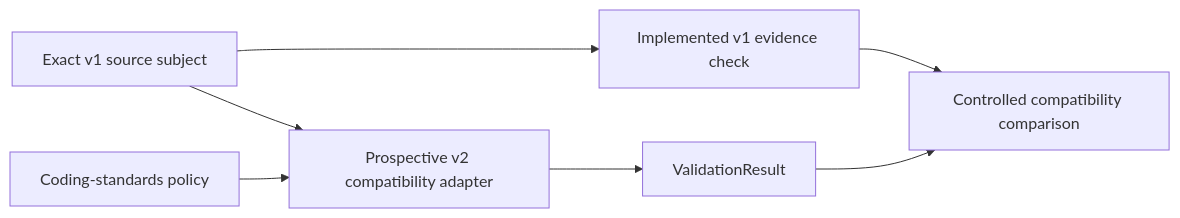
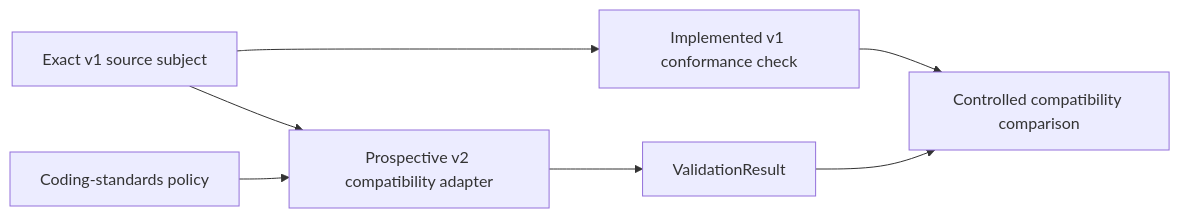
The diagram in docs/architecture/migration/v1-to-v2/coding-standards-conformance.md (eragasa/ksdft2effmass), drawn with Mermaid before and after one commit. The commit also changed other lines of this file and 12 other files, not shown here.

Commit message:
rename Harness validation conformance check

````diff
--- a/docs/architecture/migration/v1-to-v2/coding-standards-conformance.md
+++ b/docs/architecture/migration/v1-to-v2/coding-standards-conformance.md
@@ -23,9 +23,9 @@
 ```mermaid
 flowchart LR
-    source["Exact v1 source subject"] --> v1["Implemented v1 evidence check"]
+    source["Exact v1 source subject"] --> v1["Implemented v1 conformance check"]
     source --> adapter["Prospective v2 compatibility adapter"]
     policy["Coding-standards policy"] --> adapter
     adapter --> result["ValidationResult"]
     v1 --> comparison["Controlled compatibility comparison"]
     result --> comparison
 ```
````
